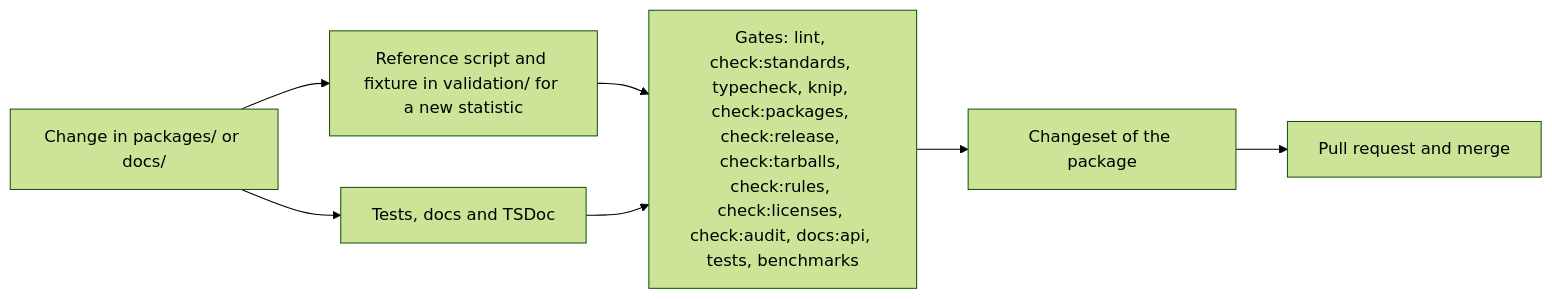
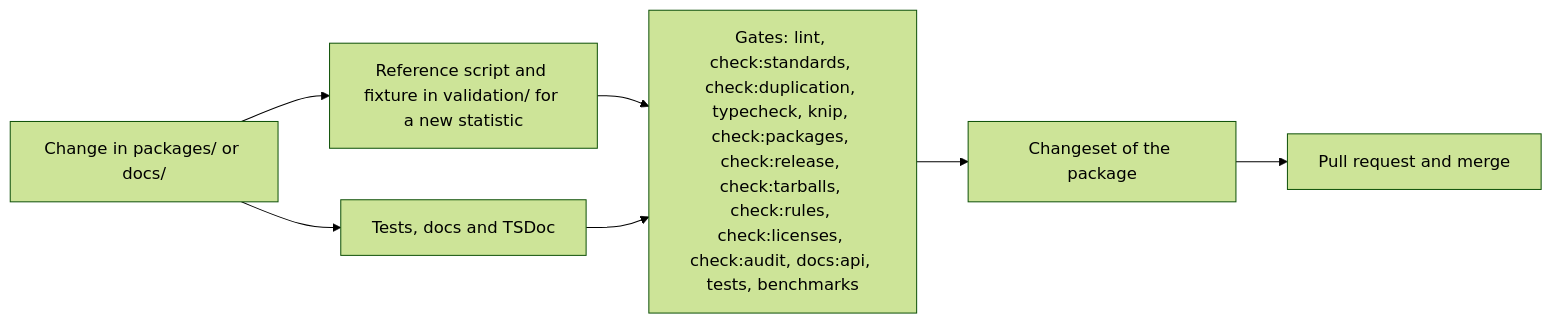
One commit to measurekit/measurekit changed the diagram in CONTRIBUTING.md. Above: the diagram before and after it, drawn with Mermaid (forest theme). The commit also changed other lines of this file and 11 other files, not shown here.

````diff
--- a/CONTRIBUTING.md
+++ b/CONTRIBUTING.md
@@ -6,8 +6,8 @@
 ```mermaid
 flowchart LR
   C["Change in packages/ or docs/"] --> V["Reference script and fixture in validation/ for a new statistic"]
   C --> T["Tests, docs and TSDoc"]
-  V --> G["Gates: lint, check:standards, typecheck, knip, check:packages, check:release, check:tarballs, check:rules, check:licenses, check:audit, docs:api, tests, benchmarks"]
+  V --> G["Gates: lint, check:standards, check:duplication, typecheck, knip, check:packages, check:release, check:tarballs, check:rules, check:licenses, check:audit, docs:api, tests, benchmarks"]
   T --> G
   G --> X["Changeset of the package"] --> M["Pull request and merge"]
 ```
````
